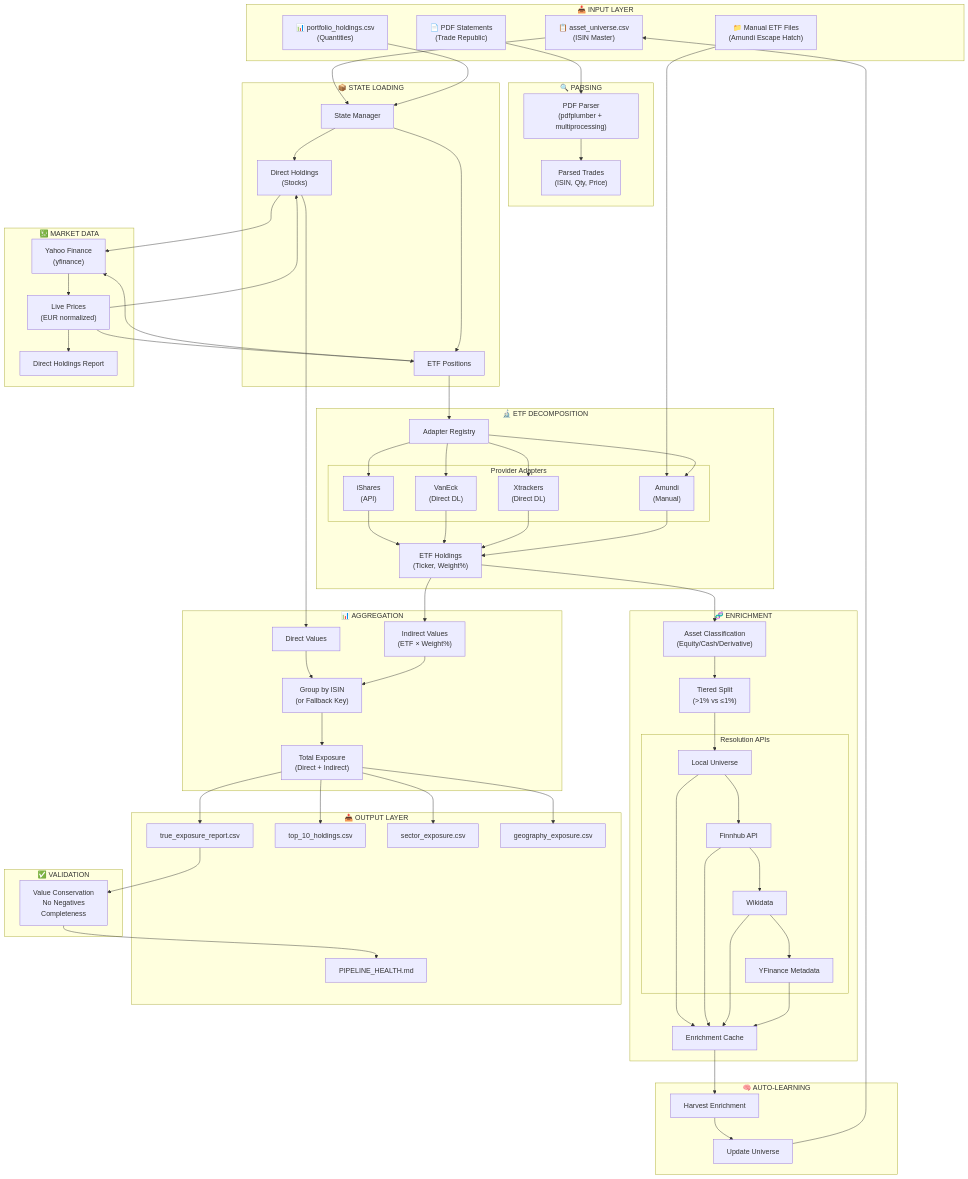
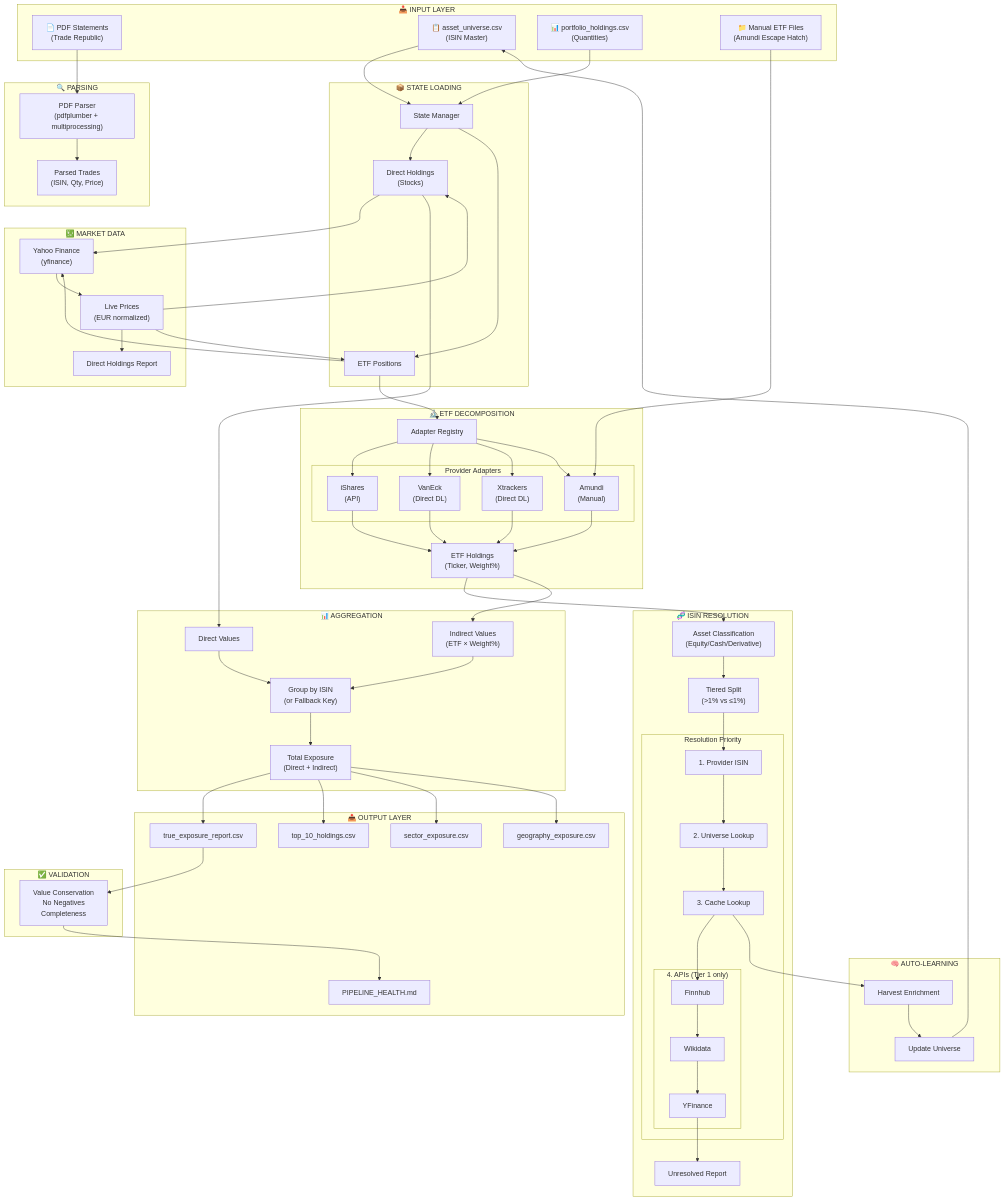
The diagram in README.md (Skeptomenos/Portfolio-Prism), drawn with Mermaid before and after one commit. The commit also changed other lines of this file and 17 other files, not shown here.

First line of the commit message:
fix: refactor ISIN resolution architecture to prevent cache pollution (Phase 16)

```diff
--- a/README.md
+++ b/README.md
@@ -63,16 +63,20 @@
         ETFHoldings["ETF Holdings<br/>(Ticker, Weight%)"]
     end
 
-    subgraph Enrich["🧬 ENRICHMENT"]
+    subgraph Enrich["🧬 ISIN RESOLUTION"]
         Classification["Asset Classification<br/>(Equity/Cash/Derivative)"]
         TierSplit["Tiered Split<br/>(>1% vs ≤1%)"]
-        subgraph APIs["Resolution APIs"]
-            Local["Local Universe"]
-            Finnhub["Finnhub API"]
-            Wikidata["Wikidata"]
-            YF2["YFinance Metadata"]
+        subgraph Resolution["Resolution Priority"]
+            Provider["1. Provider ISIN"]
+            Local["2. Universe Lookup"]
+            Cache["3. Cache Lookup"]
+            subgraph APIs["4. APIs (Tier 1 only)"]
+                Finnhub["Finnhub"]
+                Wikidata["Wikidata"]
+                YF2["YFinance"]
+            end
         end
-        Cache["Enrichment Cache"]
+        Unresolved["Unresolved Report"]
     end
 
     subgraph Aggregate["📊 AGGREGATION"]
@@ -117,9 +121,9 @@
     iShares & VanEck & Xtrackers & Amundi --> ETFHoldings
 
     ETFHoldings --> Classification --> TierSplit
-    TierSplit --> Local
-    Local --> Finnhub --> Wikidata --> YF2
-    Local & Finnhub & Wikidata & YF2 --> Cache
+    TierSplit --> Provider --> Local --> Cache
+    Cache --> Finnhub --> Wikidata --> YF2
+    YF2 --> Unresolved
 
     Direct --> DirectVal
     ETFHoldings --> IndirectVal
```
